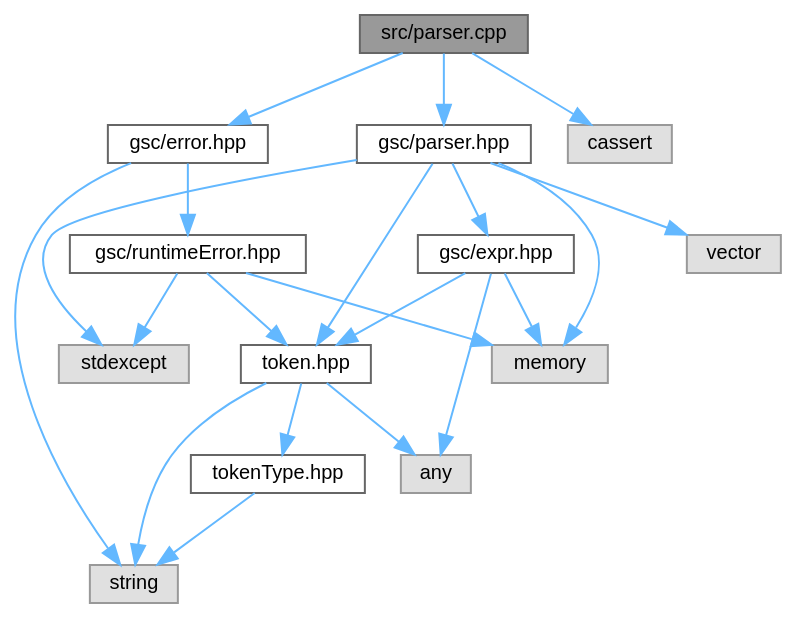
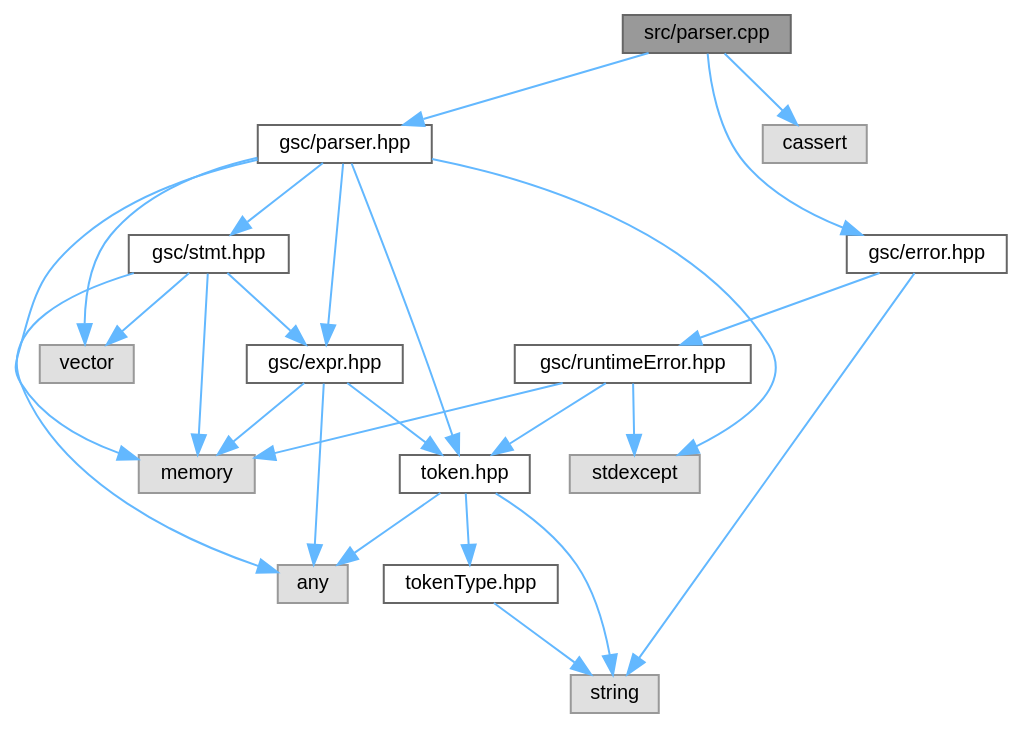
Before and after one commit to helcsnewsxd/gsc-interpreter: the diagram in parser_8cpp__incl.dot, drawn with Graphviz. The commit also changed 234 other files, not shown here.

```diff
--- a/parser_8cpp__incl.dot
+++ b/parser_8cpp__incl.dot
@@ -1,40 +1,46 @@
 digraph "src/parser.cpp"
 {
  // LATEX_PDF_SIZE
   bgcolor="transparent";
   edge [fontname=Helvetica,fontsize=10,labelfontname=Helvetica,labelfontsize=10];
   node [fontname=Helvetica,fontsize=10,shape=box,height=0.2,width=0.4];
   Node1 [id="Node000001",label="src/parser.cpp",height=0.2,width=0.4,color="gray40", fillcolor="grey60", style="filled", fontcolor="black",tooltip=" "];
   Node1 -> Node2 [id="edge1_Node000001_Node000002",color="steelblue1",style="solid",tooltip=" "];
   Node2 [id="Node000002",label="gsc/parser.hpp",height=0.2,width=0.4,color="grey40", fillcolor="white", style="filled",URL="$parser_8hpp.html",tooltip=" "];
   Node2 -> Node3 [id="edge2_Node000002_Node000003",color="steelblue1",style="solid",tooltip=" "];
   Node3 [id="Node000003",label="gsc/expr.hpp",height=0.2,width=0.4,color="grey40", fillcolor="white", style="filled",URL="$expr_8hpp.html",tooltip=" "];
   Node3 -> Node4 [id="edge3_Node000003_Node000004",color="steelblue1",style="solid",tooltip=" "];
   Node4 [id="Node000004",label="token.hpp",height=0.2,width=0.4,color="grey40", fillcolor="white", style="filled",URL="$token_8hpp.html",tooltip=" "];
   Node4 -> Node5 [id="edge4_Node000004_Node000005",color="steelblue1",style="solid",tooltip=" "];
   Node5 [id="Node000005",label="tokenType.hpp",height=0.2,width=0.4,color="grey40", fillcolor="white", style="filled",URL="$tokenType_8hpp.html",tooltip=" "];
   Node5 -> Node6 [id="edge5_Node000005_Node000006",color="steelblue1",style="solid",tooltip=" "];
   Node6 [id="Node000006",label="string",height=0.2,width=0.4,color="grey60", fillcolor="#E0E0E0", style="filled",tooltip=" "];
   Node4 -> Node7 [id="edge6_Node000004_Node000007",color="steelblue1",style="solid",tooltip=" "];
   Node7 [id="Node000007",label="any",height=0.2,width=0.4,color="grey60", fillcolor="#E0E0E0", style="filled",tooltip=" "];
   Node4 -> Node6 [id="edge7_Node000004_Node000006",color="steelblue1",style="solid",tooltip=" "];
   Node3 -> Node7 [id="edge8_Node000003_Node000007",color="steelblue1",style="solid",tooltip=" "];
   Node3 -> Node8 [id="edge9_Node000003_Node000008",color="steelblue1",style="solid",tooltip=" "];
   Node8 [id="Node000008",label="memory",height=0.2,width=0.4,color="grey60", fillcolor="#E0E0E0", style="filled",tooltip=" "];
-  Node2 -> Node4 [id="edge10_Node000002_Node000004",color="steelblue1",style="solid",tooltip=" "];
-  Node2 -> Node8 [id="edge11_Node000002_Node000008",color="steelblue1",style="solid",tooltip=" "];
-  Node2 -> Node9 [id="edge12_Node000002_Node000009",color="steelblue1",style="solid",tooltip=" "];
-  Node9 [id="Node000009",label="stdexcept",height=0.2,width=0.4,color="grey60", fillcolor="#E0E0E0", style="filled",tooltip=" "];
-  Node2 -> Node10 [id="edge13_Node000002_Node000010",color="steelblue1",style="solid",tooltip=" "];
+  Node2 -> Node9 [id="edge10_Node000002_Node000009",color="steelblue1",style="solid",tooltip=" "];
+  Node9 [id="Node000009",label="gsc/stmt.hpp",height=0.2,width=0.4,color="grey40", fillcolor="white", style="filled",URL="$stmt_8hpp.html",tooltip=" "];
+  Node9 -> Node3 [id="edge11_Node000009_Node000003",color="steelblue1",style="solid",tooltip=" "];
+  Node9 -> Node7 [id="edge12_Node000009_Node000007",color="steelblue1",style="solid",tooltip=" "];
+  Node9 -> Node8 [id="edge13_Node000009_Node000008",color="steelblue1",style="solid",tooltip=" "];
+  Node9 -> Node10 [id="edge14_Node000009_Node000010",color="steelblue1",style="solid",tooltip=" "];
   Node10 [id="Node000010",label="vector",height=0.2,width=0.4,color="grey60", fillcolor="#E0E0E0", style="filled",tooltip=" "];
-  Node1 -> Node11 [id="edge14_Node000001_Node000011",color="steelblue1",style="solid",tooltip=" "];
-  Node11 [id="Node000011",label="gsc/error.hpp",height=0.2,width=0.4,color="grey40", fillcolor="white", style="filled",URL="$error_8hpp.html",tooltip=" "];
-  Node11 -> Node12 [id="edge15_Node000011_Node000012",color="steelblue1",style="solid",tooltip=" "];
-  Node12 [id="Node000012",label="gsc/runtimeError.hpp",height=0.2,width=0.4,color="grey40", fillcolor="white", style="filled",URL="$runtimeError_8hpp.html",tooltip=" "];
-  Node12 -> Node4 [id="edge16_Node000012_Node000004",color="steelblue1",style="solid",tooltip=" "];
-  Node12 -> Node8 [id="edge17_Node000012_Node000008",color="steelblue1",style="solid",tooltip=" "];
-  Node12 -> Node9 [id="edge18_Node000012_Node000009",color="steelblue1",style="solid",tooltip=" "];
-  Node11 -> Node6 [id="edge19_Node000011_Node000006",color="steelblue1",style="solid",tooltip=" "];
-  Node1 -> Node13 [id="edge20_Node000001_Node000013",color="steelblue1",style="solid",tooltip=" "];
-  Node13 [id="Node000013",label="cassert",height=0.2,width=0.4,color="grey60", fillcolor="#E0E0E0", style="filled",tooltip=" "];
+  Node2 -> Node4 [id="edge15_Node000002_Node000004",color="steelblue1",style="solid",tooltip=" "];
+  Node2 -> Node8 [id="edge16_Node000002_Node000008",color="steelblue1",style="solid",tooltip=" "];
+  Node2 -> Node11 [id="edge17_Node000002_Node000011",color="steelblue1",style="solid",tooltip=" "];
+  Node11 [id="Node000011",label="stdexcept",height=0.2,width=0.4,color="grey60", fillcolor="#E0E0E0", style="filled",tooltip=" "];
+  Node2 -> Node10 [id="edge18_Node000002_Node000010",color="steelblue1",style="solid",tooltip=" "];
+  Node1 -> Node12 [id="edge19_Node000001_Node000012",color="steelblue1",style="solid",tooltip=" "];
+  Node12 [id="Node000012",label="gsc/error.hpp",height=0.2,width=0.4,color="grey40", fillcolor="white", style="filled",URL="$error_8hpp.html",tooltip=" "];
+  Node12 -> Node13 [id="edge20_Node000012_Node000013",color="steelblue1",style="solid",tooltip=" "];
+  Node13 [id="Node000013",label="gsc/runtimeError.hpp",height=0.2,width=0.4,color="grey40", fillcolor="white", style="filled",URL="$runtimeError_8hpp.html",tooltip=" "];
+  Node13 -> Node4 [id="edge21_Node000013_Node000004",color="steelblue1",style="solid",tooltip=" "];
+  Node13 -> Node8 [id="edge22_Node000013_Node000008",color="steelblue1",style="solid",tooltip=" "];
+  Node13 -> Node11 [id="edge23_Node000013_Node000011",color="steelblue1",style="solid",tooltip=" "];
+  Node12 -> Node6 [id="edge24_Node000012_Node000006",color="steelblue1",style="solid",tooltip=" "];
+  Node1 -> Node14 [id="edge25_Node000001_Node000014",color="steelblue1",style="solid",tooltip=" "];
+  Node14 [id="Node000014",label="cassert",height=0.2,width=0.4,color="grey60", fillcolor="#E0E0E0", style="filled",tooltip=" "];
 }
```
